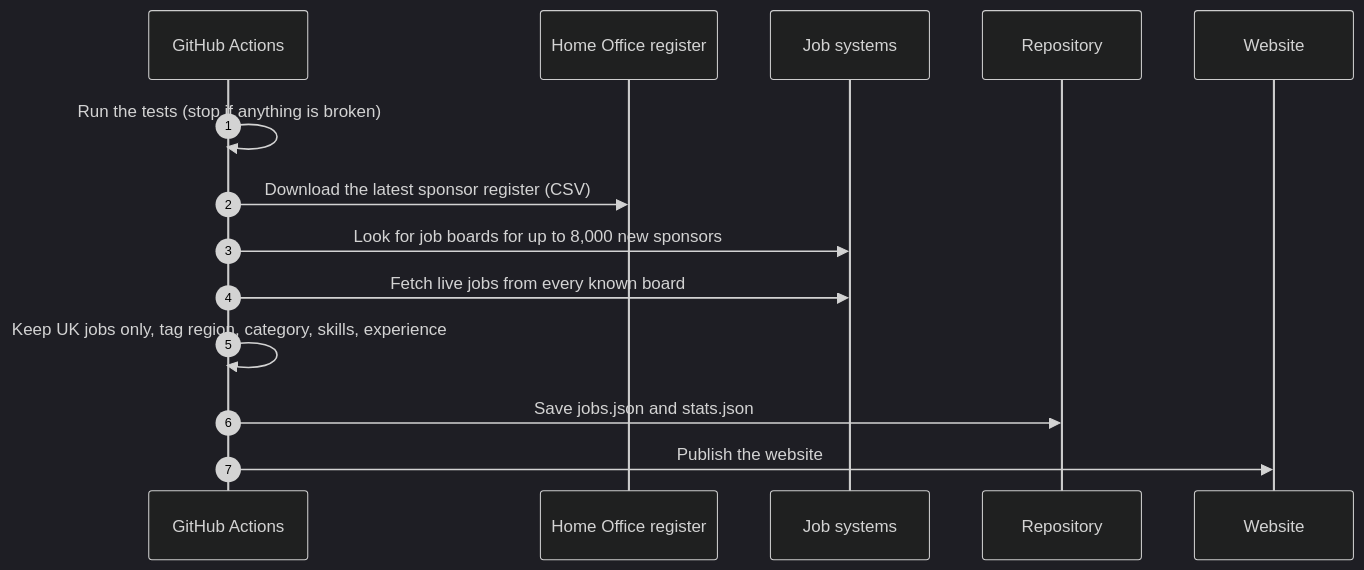
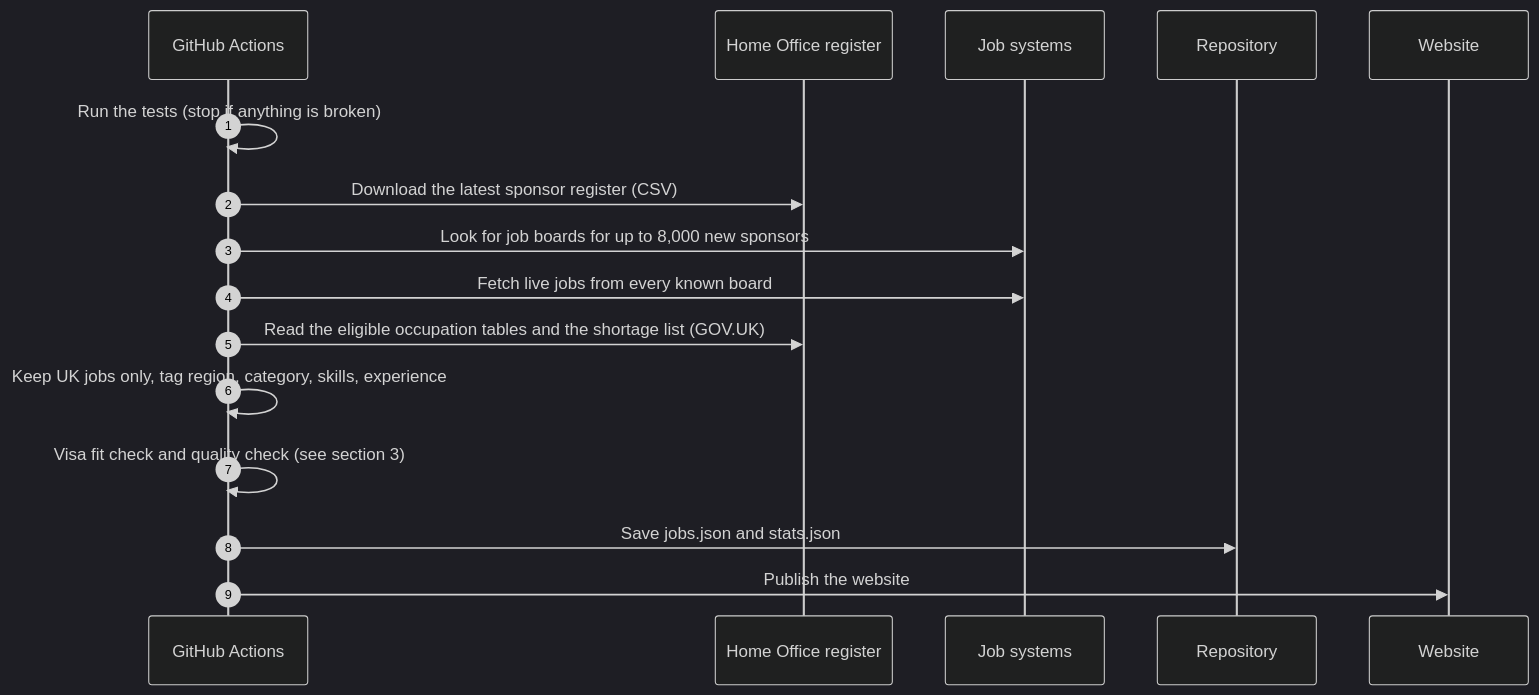
The second of 6 diagrams in docs/HOW_IT_WORKS.md (Advith023/sponsor-live-jobs), drawn with Mermaid (dark theme) before and after one commit. The commit also changed other lines of this file and 4 other files, not shown here.

Commit message:
Quality check: search, visitor reports with Hide, Ignore and Undo; guide and README updated

````diff
--- a/docs/HOW_IT_WORKS.md
+++ b/docs/HOW_IT_WORKS.md
@@ -67,16 +68,18 @@
 ```mermaid
 sequenceDiagram
     autonumber
     participant GA as GitHub Actions
     participant HO as Home Office register
     participant ATS as Job systems
     participant Repo as Repository
     participant Pages as Website
     GA->>GA: Run the tests (stop if anything is broken)
     GA->>HO: Download the latest sponsor register (CSV)
     GA->>ATS: Look for job boards for up to 8,000 new sponsors
     GA->>ATS: Fetch live jobs from every known board
+    GA->>HO: Read the eligible occupation tables and the shortage list (GOV.UK)
     GA->>GA: Keep UK jobs only, tag region, category, skills, experience
+    GA->>GA: Visa fit check and quality check (see section 3)
     GA->>Repo: Save jobs.json and stats.json
     GA->>Pages: Publish the website
 ```
````
